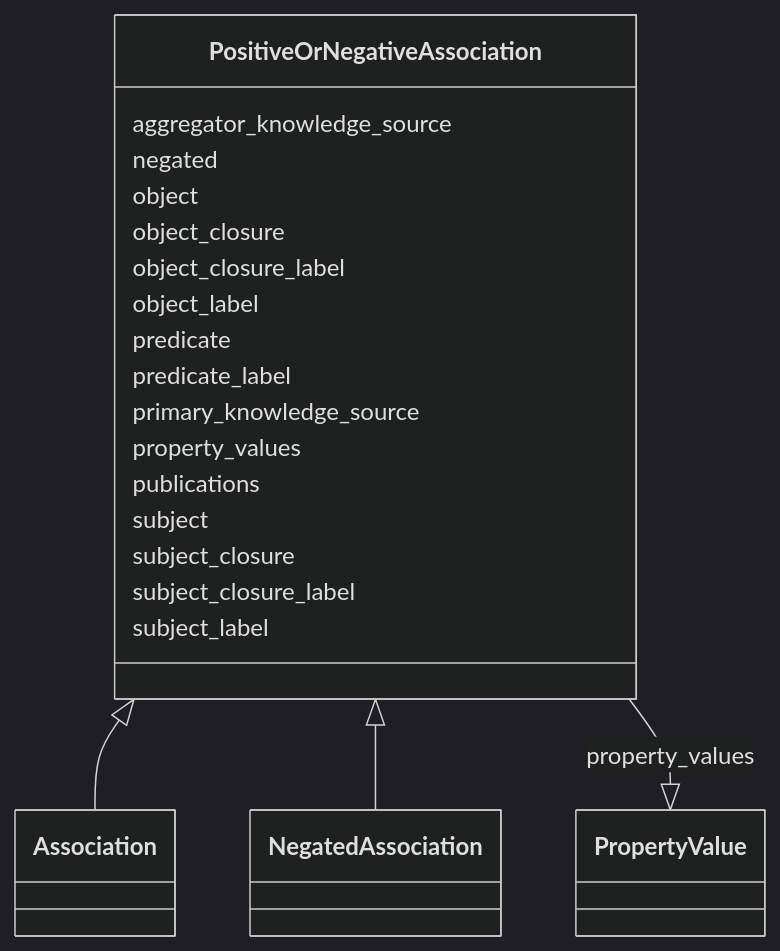
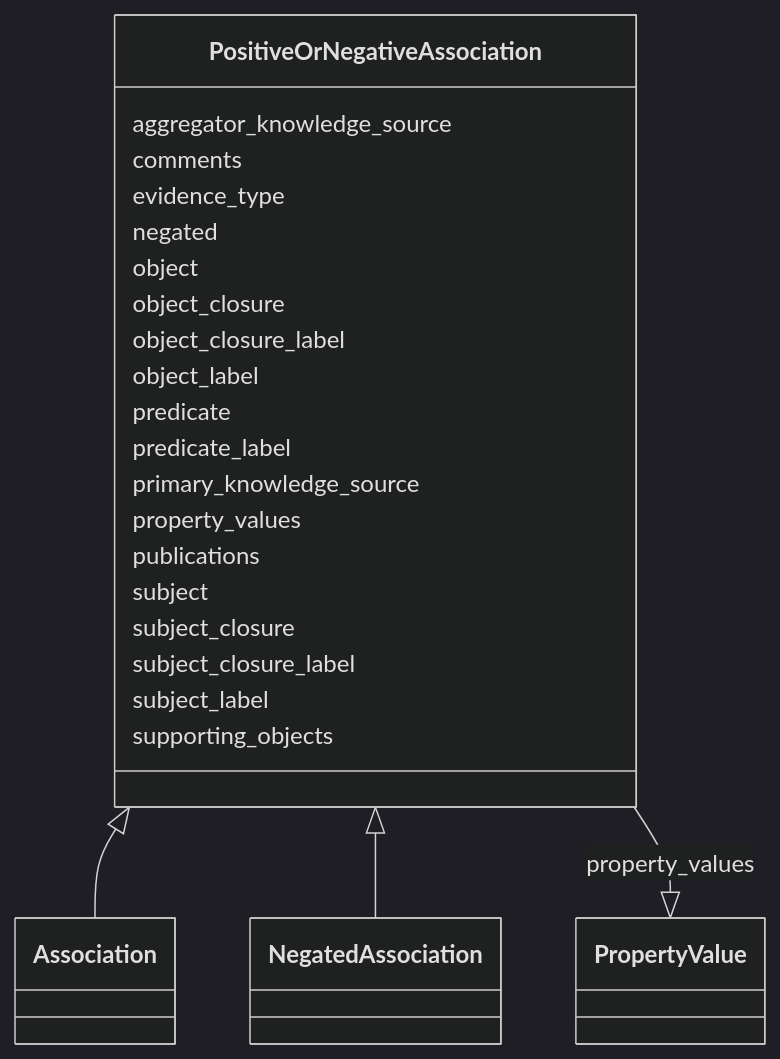
One commit to INCATools/ontology-access-kit changed the diagram in association/PositiveOrNegativeAssociation.md. Above: the diagram before and after it, drawn with Mermaid (dark theme). The commit also changed other lines of this file and 54 other files, not shown here.

````diff
--- a/association/PositiveOrNegativeAssociation.md
+++ b/association/PositiveOrNegativeAssociation.md
@@ -12,40 +12,46 @@
 ```{mermaid}
  classDiagram
     class PositiveOrNegativeAssociation
       PositiveOrNegativeAssociation <|-- Association
       PositiveOrNegativeAssociation <|-- NegatedAssociation
       
       PositiveOrNegativeAssociation : aggregator_knowledge_source
+        
+      PositiveOrNegativeAssociation : comments
+        
+      PositiveOrNegativeAssociation : evidence_type
         
       PositiveOrNegativeAssociation : negated
         
       PositiveOrNegativeAssociation : object
         
       PositiveOrNegativeAssociation : object_closure
         
       PositiveOrNegativeAssociation : object_closure_label
         
       PositiveOrNegativeAssociation : object_label
         
       PositiveOrNegativeAssociation : predicate
         
       PositiveOrNegativeAssociation : predicate_label
         
       PositiveOrNegativeAssociation : primary_knowledge_source
         
       PositiveOrNegativeAssociation : property_values
         
           PositiveOrNegativeAssociation --|> PropertyValue : property_values
         
       PositiveOrNegativeAssociation : publications
         
       PositiveOrNegativeAssociation : subject
         
       PositiveOrNegativeAssociation : subject_closure
         
       PositiveOrNegativeAssociation : subject_closure_label
         
       PositiveOrNegativeAssociation : subject_label
         
+      PositiveOrNegativeAssociation : supporting_objects
+        
       
 ```
````
